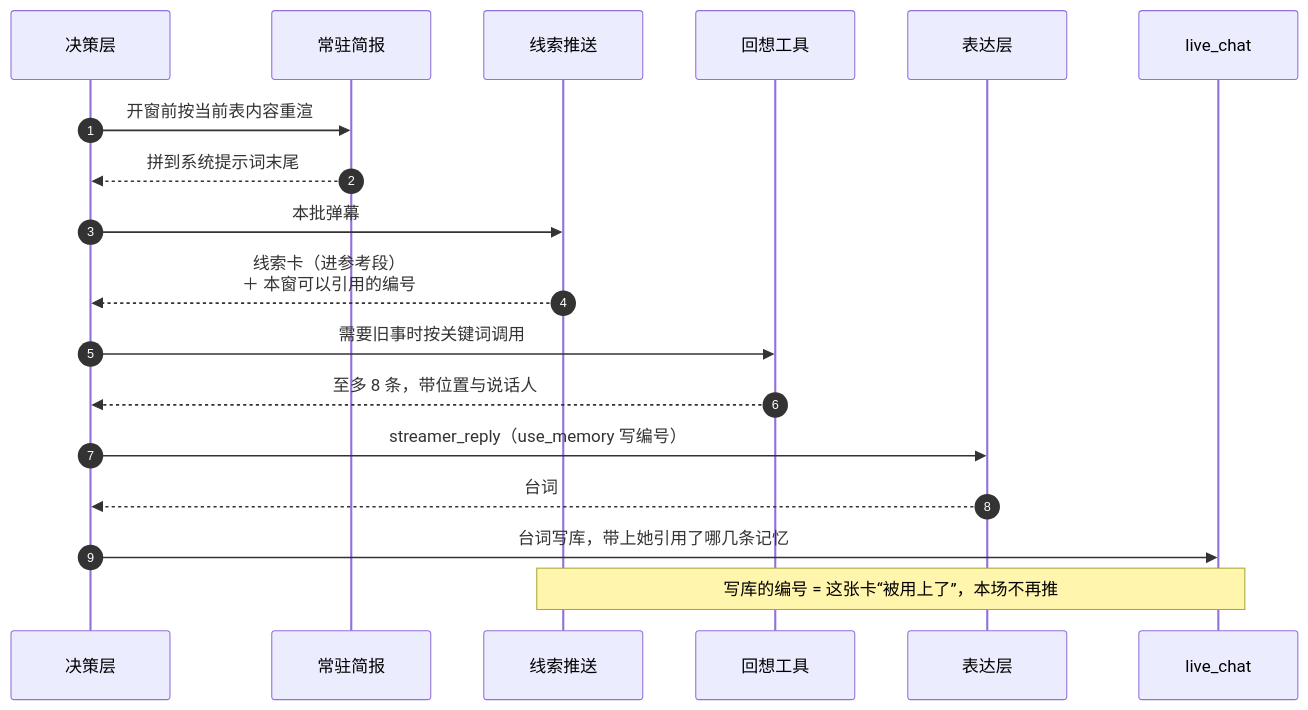
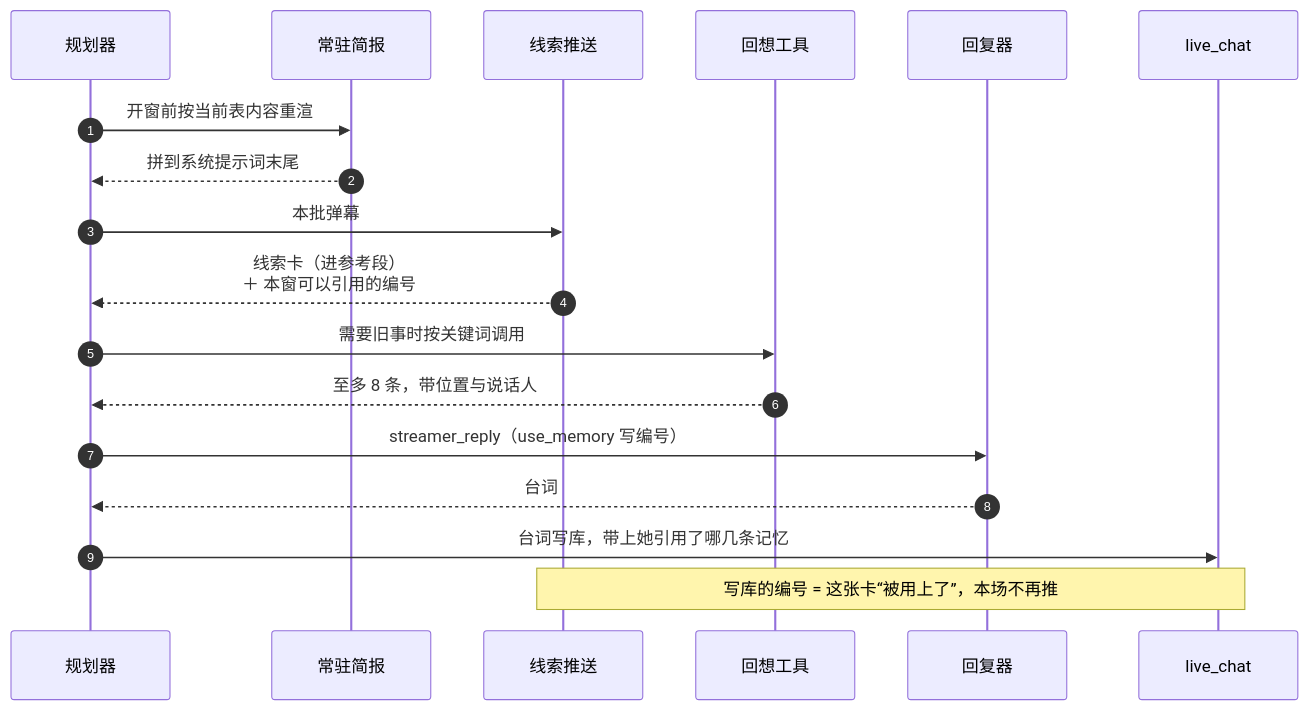
Before and after one commit to Mai-with-u/Amaidesu: the fifth of 10 diagrams in docs/architecture/streamer-memory.md, drawn with Mermaid. The commit also changed other lines of this file and 106 other files, not shown here.

````diff
--- a/docs/architecture/streamer-memory.md
+++ b/docs/architecture/streamer-memory.md
@@ -248,21 +248,21 @@
 ```mermaid
 sequenceDiagram
     autonumber
-    participant PL as 决策层
+    participant PL as 规划器
     participant BB as 常驻简报
     participant CU as 线索推送
     participant RU as 回想工具
-    participant RE as 表达层
+    participant RE as 回复器
     participant DB as live_chat
 
     PL->>BB: 开窗前按当前表内容重渲
     BB-->>PL: 拼到系统提示词末尾
     PL->>CU: 本批弹幕
     CU-->>PL: 线索卡（进参考段）<br/>＋ 本窗可以引用的编号
     PL->>RU: 需要旧事时按关键词调用
     RU-->>PL: 至多 8 条，带位置与说话人
     PL->>RE: streamer_reply（use_memory 写编号）
     RE-->>PL: 台词
     PL->>DB: 台词写库，带上她引用了哪几条记忆
     Note over CU,DB: 写库的编号 = 这张卡“被用上了”，本场不再推
 ```
````
